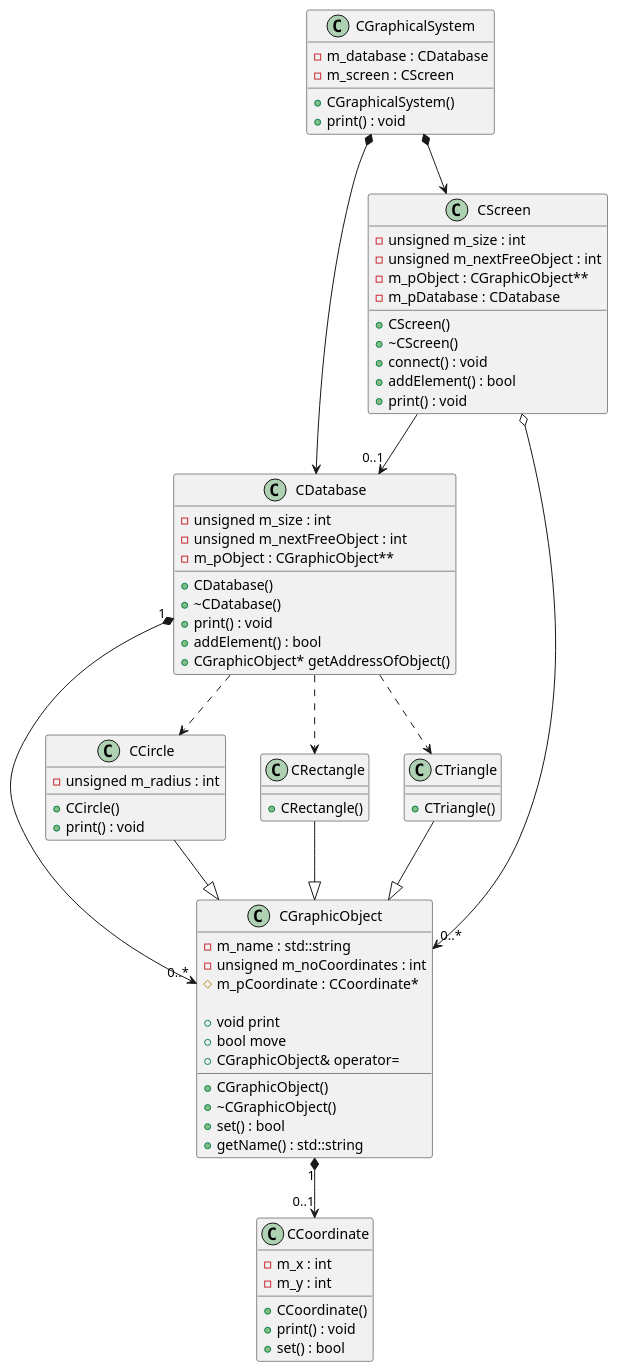
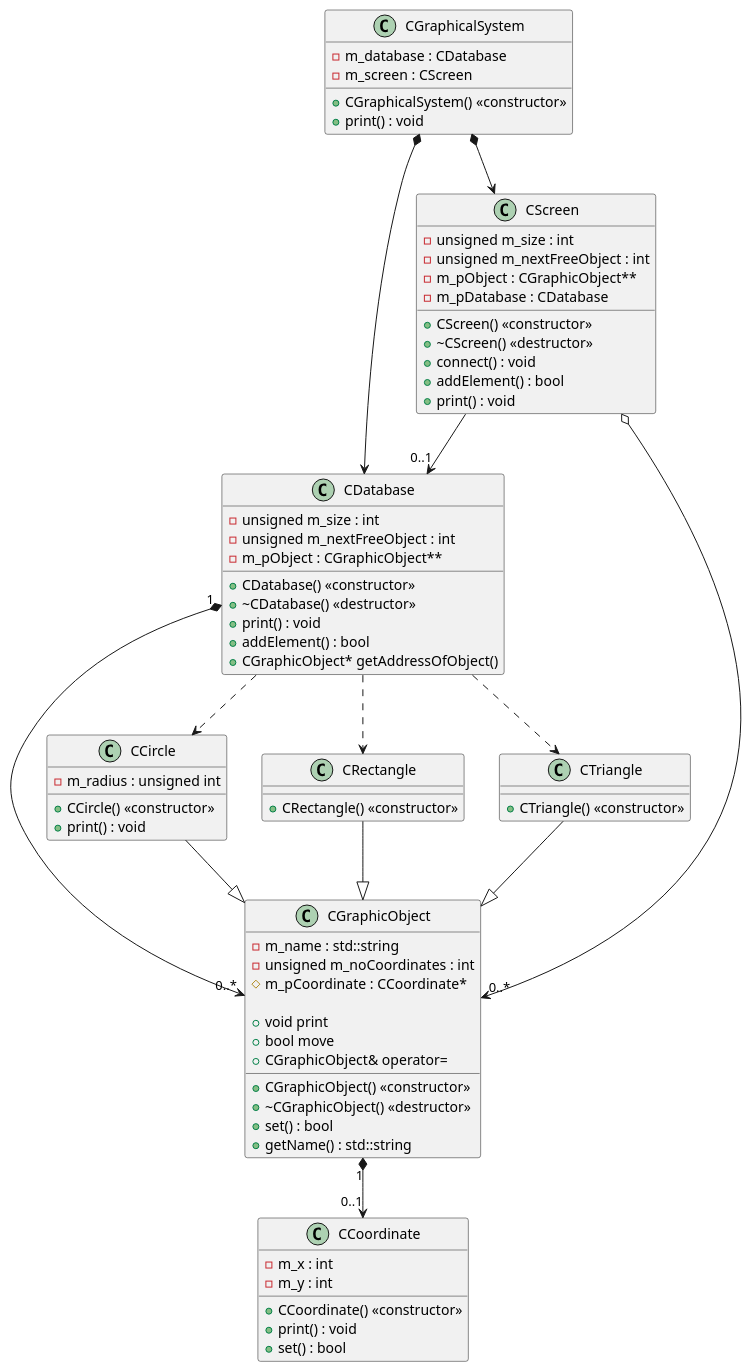
Before and after one commit to Alexander-Wilms/Advanced-Programming-Techniques: diagram 24 of 42 in UML diagrams.md, drawn with PlantUML. The commit also changed other lines of this file and 35 other files, not shown here.

Commit message:
Further work on 'UML diagrams.md'

```diff
--- a/UML diagrams.md
+++ b/UML diagrams.md
@@ -1213,7 +1251,7 @@
  	- m_database : CDatabase
  	- m_screen : CScreen
 
- 	+ CGraphicalSystem()
+ 	+ CGraphicalSystem() <<constructor>>
  	+ print() : void
 }
 class CDatabase {
@@ -1221,8 +1259,8 @@
  	- unsigned m_nextFreeObject : int
  	- m_pObject : CGraphicObject** 
 
- 	+ CDatabase()
- 	+ ~CDatabase()
+ 	+ CDatabase() <<constructor>>
+ 	+ ~CDatabase() <<destructor>>
  	+ print() : void
  	+ addElement() : bool
  	+ CGraphicObject* getAddressOfObject()
@@ -1233,8 +1271,8 @@
  	- m_pObject : CGraphicObject** 
  	- m_pDatabase : CDatabase
 
- 	+ CScreen()
- 	+ ~CScreen()
+ 	+ CScreen() <<constructor>>
+ 	+ ~CScreen() <<destructor>>
  	+ connect() : void
  	+ addElement() : bool
  	+ print() : void
@@ -1244,8 +1282,8 @@
  	- unsigned m_noCoordinates : int
  	# m_pCoordinate : CCoordinate* 
 
- 	+ CGraphicObject()
- 	+ ~CGraphicObject()
+ 	+ CGraphicObject() <<constructor>>
+ 	+ ~CGraphicObject() <<destructor>>
  	+ set() : bool
  	+ void print
  	+ bool move
@@ -1253,21 +1291,22 @@
  	+ getName() : std::string
 }
 class CCircle {
- 	- unsigned m_radius : int
- 	+ CCircle()
+ 	- m_radius : unsigned int
+
+ 	+ CCircle() <<constructor>>
  	+ print() : void
 }
 class CRectangle {
- 	+ CRectangle()
+ 	+ CRectangle() <<constructor>>
 }
 class CTriangle {
- 	+ CTriangle()
+ 	+ CTriangle() <<constructor>>
 }
 class CCoordinate {
  	- m_x : int
  	- m_y : int
 
- 	+ CCoordinate()
+ 	+ CCoordinate() <<constructor>>
  	+ print() : void
  	+ set() : bool
 }
```
